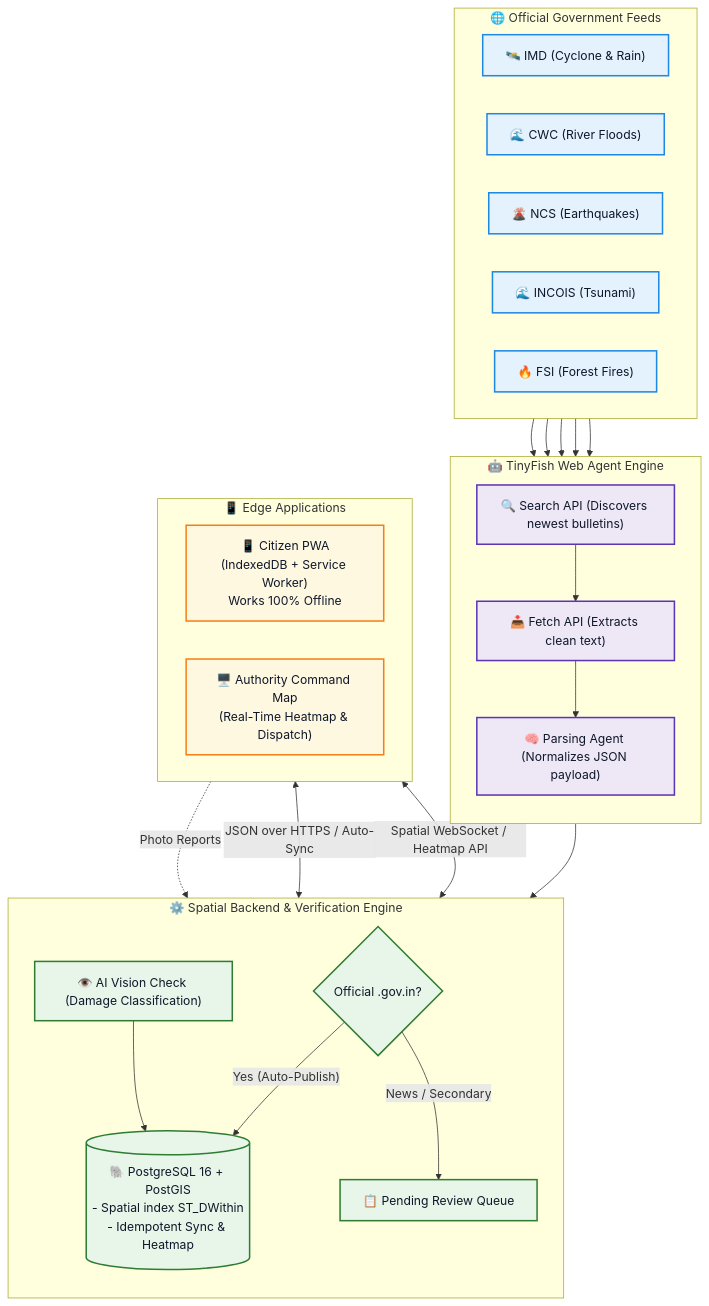
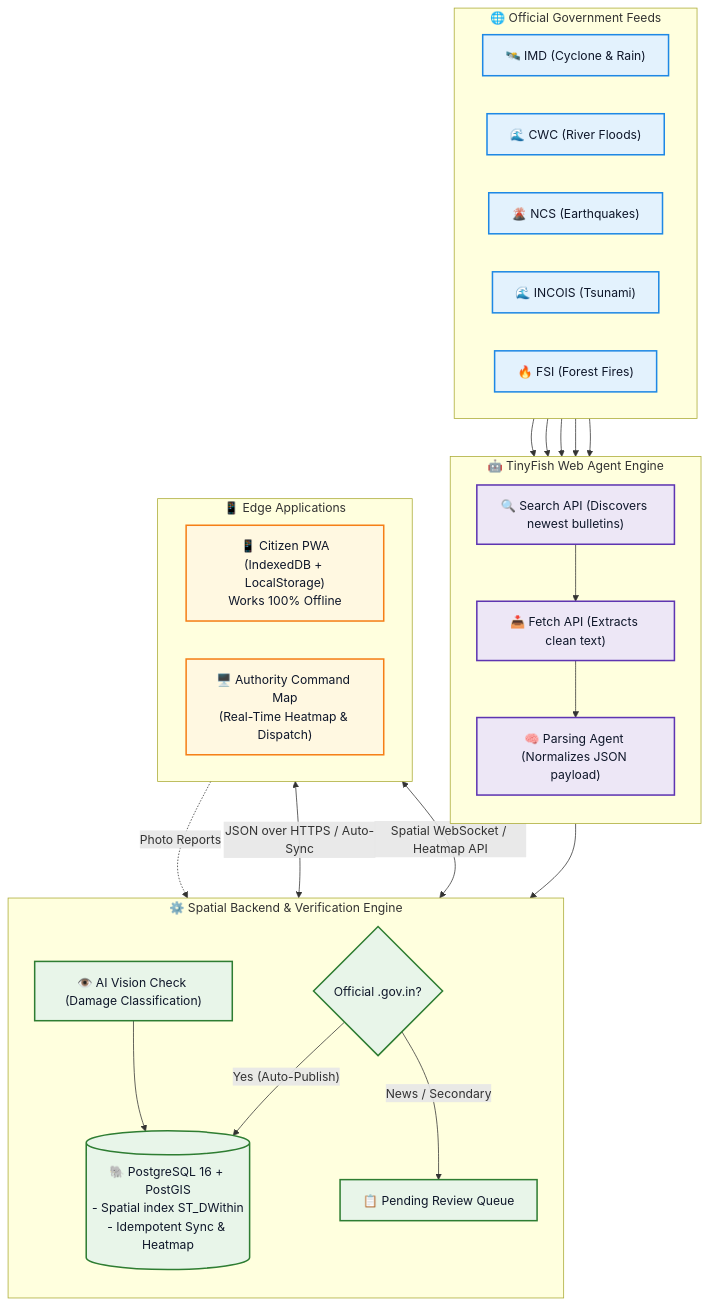
One commit to COOKEE-MJ/AAGAM_ changed the diagram in README.md. Above: the diagram before and after it, drawn with Mermaid. The commit also changed other lines of this file and 46 other files, not shown here.

````diff
--- a/README.md
+++ b/README.md
@@ -109,52 +226,57 @@
 ```mermaid
 flowchart TD
     subgraph WEB["🌐 Official Government Feeds"]
         direction LR
         IMD["🛰️ IMD (Cyclone & Rain)"]
         CWC["🌊 CWC (River Floods)"]
         NCS["🌋 NCS (Earthquakes)"]
         INCOIS["🌊 INCOIS (Tsunami)"]
         FSI["🔥 FSI (Forest Fires)"]
     end
 
     subgraph TINYFISH["🤖 TinyFish Web Agent Engine"]
         direction TB
         TF_SEARCH["🔍 Search API (Discovers newest bulletins)"]
         TF_FETCH["📥 Fetch API (Extracts clean text)"]
         TF_AGENT["🧠 Parsing Agent (Normalizes JSON payload)"]
         TF_SEARCH --> TF_FETCH --> TF_AGENT
     end
 
     subgraph BACKEND["⚙️ Spatial Backend & Verification Engine"]
         direction TB
         GATE{"Official .gov.in?"}
-        DB[("🐘 PostgreSQL 16 + PostGIS\n- Spatial index ST_DWithin\n- Idempotent Sync & Heatmap")]
+        DB[("🐘 PostgreSQL 16 + PostGIS
+- Spatial index ST_DWithin
+- Idempotent Sync & Heatmap")]
         AI_CHECK["👁️ AI Vision Check (Damage Classification)"]
         PENDING["📋 Pending Review Queue"]
         GATE -- "Yes (Auto-Publish)" --> DB
         GATE -- "News / Secondary" --> PENDING
         AI_CHECK --> DB
     end
 
     subgraph APPS["📱 Edge Applications"]
         direction LR
-        CITIZEN["📱 Citizen PWA\n(IndexedDB + Service Worker)\nWorks 100% Offline"]
-        OFFICER["🖥️ Authority Command Map\n(Real-Time Heatmap & Dispatch)"]
+        CITIZEN["📱 Citizen PWA
+(IndexedDB + LocalStorage)
+Works 100% Offline"]
+        OFFICER["🖥️ Authority Command Map
+(Real-Time Heatmap & Dispatch)"]
     end
 
     IMD & CWC & NCS & INCOIS & FSI --> TF_SEARCH
     TF_AGENT --> GATE
     DB <-->|"JSON over HTTPS / Auto-Sync"| CITIZEN
     DB <-->|"Spatial WebSocket / Heatmap API"| OFFICER
     CITIZEN -.->|"Photo Reports"| AI_CHECK
 
     classDef lightBlue fill:#E3F2FD,stroke:#1E88E5,stroke-width:2px,color:#0F172A;
     classDef lightPurple fill:#EDE7F6,stroke:#5E35B1,stroke-width:2px,color:#0F172A;
     classDef lightGreen fill:#E8F5E9,stroke:#2E7D32,stroke-width:2px,color:#0F172A;
     classDef lightAmber fill:#FFF8E1,stroke:#F57F17,stroke-width:2px,color:#0F172A;
 
     class IMD,CWC,NCS,INCOIS,FSI lightBlue;
     class TF_SEARCH,TF_FETCH,TF_AGENT lightPurple;
     class GATE,DB,AI_CHECK,PENDING lightGreen;
     class CITIZEN,OFFICER lightAmber;
 ```
````
